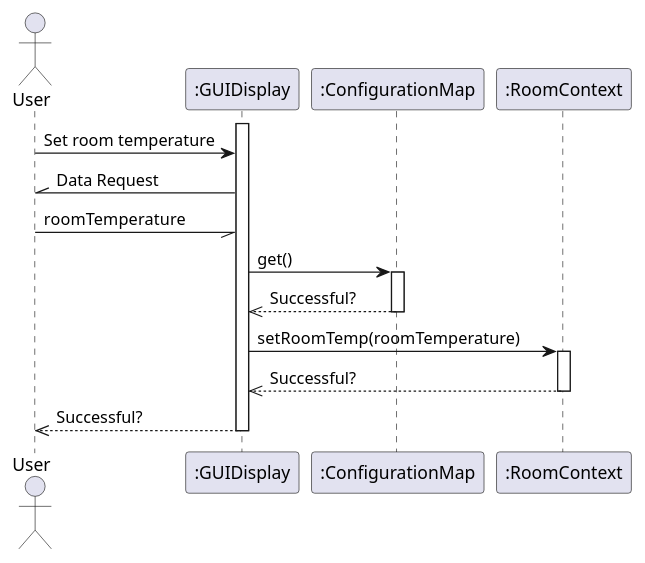
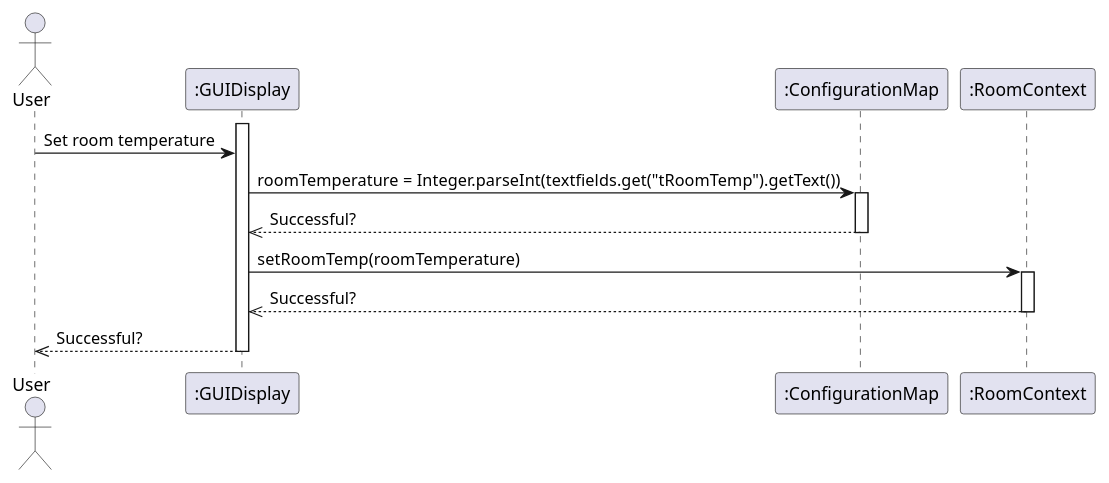
Before and after one commit to FreezeWarp/372Groupwork-Project2: the diagram in src/SequenceDiagrams/SetRoomTemp.pu, drawn with PlantUML. The commit also changed 7 other files, not shown here.

Commit message:
Add more sequence diagrams

```diff
--- a/src/SequenceDiagrams/SetRoomTemp.pu
+++ b/src/SequenceDiagrams/SetRoomTemp.pu
@@ -1,20 +1,19 @@
 @startuml
 Actor User
 
 activate ":GUIDisplay"
 User -> ":GUIDisplay" : Set room temperature
-User //- ":GUIDisplay": Data Request
-User -// ":GUIDisplay": roomTemperature
 
-":GUIDisplay" -> ":ConfigurationMap" : get()
+":GUIDisplay" -> ":ConfigurationMap" : roomTemperature = Integer.parseInt(textfields.get("tRoomTemp").getText())
 activate ":ConfigurationMap"
 ":ConfigurationMap" -->> ":GUIDisplay": Successful?
 deactivate ":ConfigurationMap"
+
 ":GUIDisplay" -> ":RoomContext": setRoomTemp(roomTemperature)
 activate ":RoomContext"
 
 ":RoomContext" -->> ":GUIDisplay" : Successful?
 deactivate ":RoomContext"
 ":GUIDisplay" -->> User : Successful?
 deactivate ":GUIDisplay"
 @enduml
```
